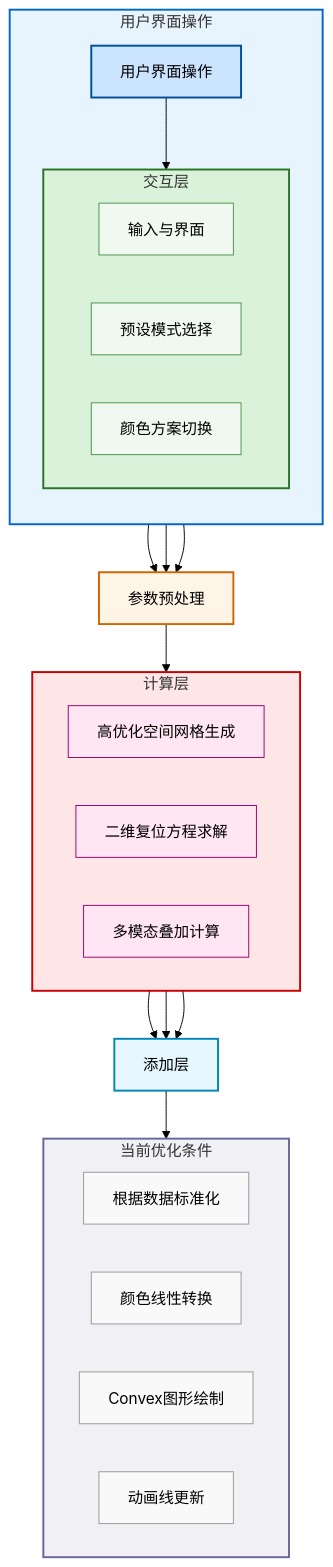
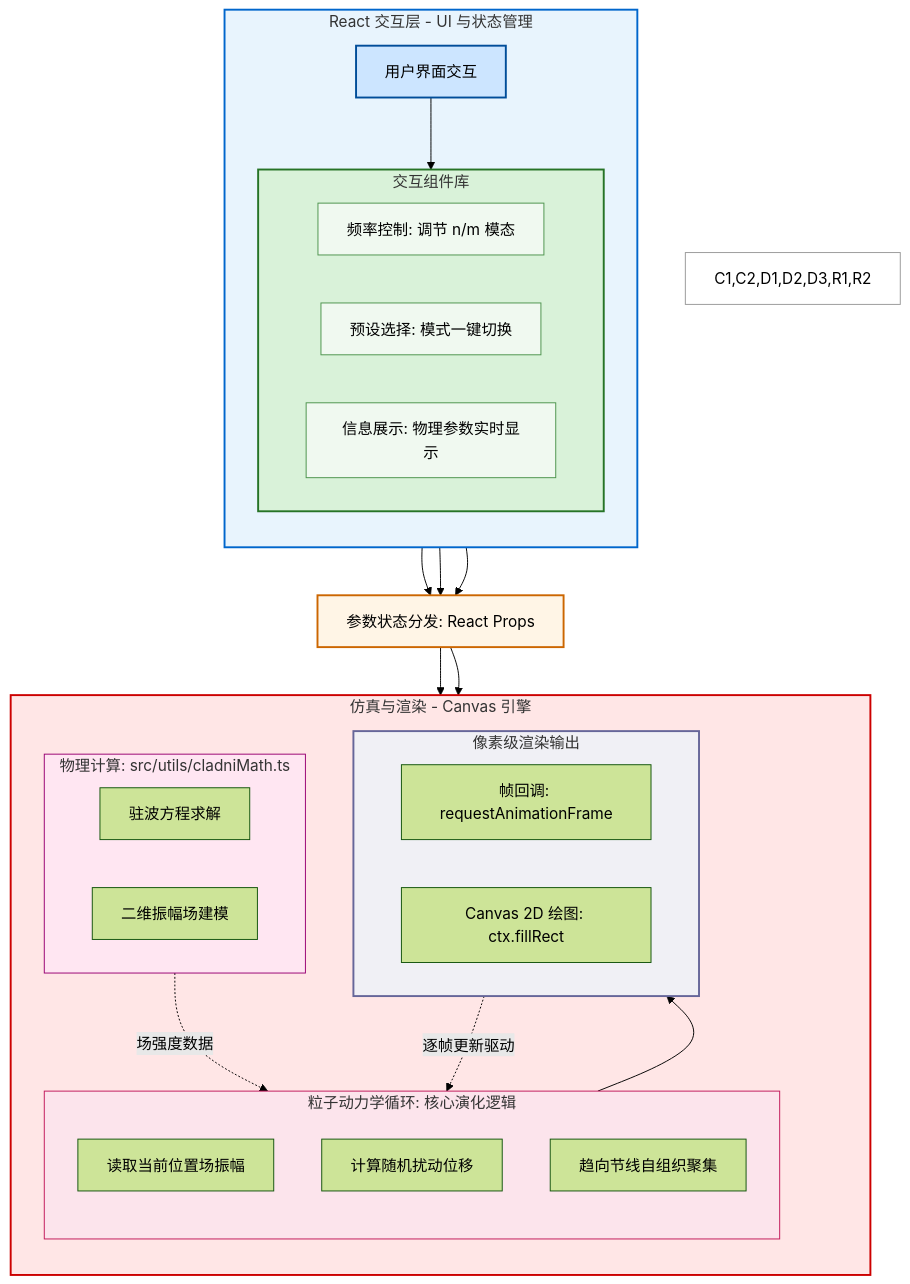
Before and after one commit to yangling-happy/cladni-patterns: the diagram in flowchart.mmd, drawn with Mermaid (forest theme).

Commit message:
fix: 同步mermaid项目迭代后的新flowchart

```diff
--- a/flowchart.mmd
+++ b/flowchart.mmd
@@ -1,71 +1,73 @@
-flowchart TB
-    %% ===== 用户界面操作（包含交互层） =====
-    subgraph TOP[用户界面操作]
+flowchart TD
+    %% ===== 1. React 交互与状态管理层 =====
+    subgraph TOP[React 交互层 - UI 与状态管理]
         direction TB
-        UI[用户界面操作]
+        UI[用户界面交互]
         
-        subgraph INTERACTIVE[交互层]
+        subgraph INTERACTIVE[交互组件库]
             direction LR
-            IN1[输入与界面]
-            IN2[预设模式选择]
-            IN3[颜色方案切换]
+            IN1[频率控制: 调节 n/m 模态]
+            IN2[预设选择: 模式一键切换]
+            IN3[信息展示: 物理参数实时显示]
         end
     end
     
-    %% ===== 参数预处理 =====
-    PP[参数预处理]
+    %% ===== 2. 状态下发桥接 =====
+    PP[参数状态分发: React Props]
     
-    %% ===== 计算层 =====
-    subgraph COMPUTE[计算层]
-        direction LR
-        C1[高优化空间网格生成]
-        C2[二维复位方程求解]
-        C3[多模态叠加计算]
-    end
-    
-    %% ===== 添加层 =====
-    ADD[添加层]
-    
-    %% ===== 当前优化条件 =====
-    subgraph OPTIMIZE[当前优化条件]
-        direction LR
-        O1[根据数据标准化]
-        O2[颜色线性转换]
-        O3[Convex图形绘制]
-        O4[动画线更新]
+    %% ===== 3. 高性能核心引擎 =====
+    subgraph ENGINE[仿真与渲染 - Canvas 引擎]
+        direction TB
+        
+        subgraph COMPUTE[物理计算: src/utils/cladniMath.ts]
+            direction LR
+            C1[驻波方程求解]
+            C2[二维振幅场建模]
+        end
+        
+        subgraph DYNAMICS[粒子动力学循环: 核心演化逻辑]
+            direction TB
+            D1[读取当前位置场振幅]
+            D2[计算随机扰动位移]
+            D3[趋向节线自组织聚集]
+        end
+        
+        subgraph RENDERING[像素级渲染输出]
+            R1[帧回调: requestAnimationFrame]
+            R2[Canvas 2D 绘图: ctx.fillRect]
+        end
     end
     
     %% ===== 连接关系 =====
     UI --> INTERACTIVE
     IN1 --> PP
     IN2 --> PP
     IN3 --> PP
     PP --> COMPUTE
-    C1 --> ADD
-    C2 --> ADD
-    C3 --> ADD
-    ADD --> OPTIMIZE
+    PP --> DYNAMICS
     
-    %% ===== 简洁的单色系配色方案 =====
-    %% 主层配色 - 蓝色系渐变
+    %% 核心数据流
+    COMPUTE -.->|场强度数据| DYNAMICS
+    DYNAMICS --> RENDERING
+    RENDERING -.->|逐帧更新驱动| DYNAMICS
+    
+    %% ===== 恢复原版彩色配色方案 =====
+    %% 交互层 - 蓝色与绿色系
     style TOP fill:#e8f4fd,stroke:#0066cc,stroke-width:2px
     style UI fill:#cce5ff,stroke:#004d99,stroke-width:2px
     style INTERACTIVE fill:#d9f2d9,stroke:#267326,stroke-width:2px
     style IN1 fill:#f0f9f0,stroke:#4d944d,stroke-width:1px
     style IN2 fill:#f0f9f0,stroke:#4d944d,stroke-width:1px
     style IN3 fill:#f0f9f0,stroke:#4d944d,stroke-width:1px
     
+    %% 桥接层 - 橙色系
     style PP fill:#fff5e6,stroke:#cc6600,stroke-width:2px
     
-    style COMPUTE fill:#ffe6e6,stroke:#cc0000,stroke-width:2px
-    style C1 fill:#ffe6f2,stroke:#990073,stroke-width:1px
-    style C2 fill:#ffe6f2,stroke:#990073,stroke-width:1px
-    style C3 fill:#ffe6f2,stroke:#990073,stroke-width:1px
+    %% 计算与动力学层 - 红色与紫色系
+    style ENGINE fill:#ffe6e6,stroke:#cc0000,stroke-width:2px
+    style COMPUTE fill:#ffe6f2,stroke:#990073,stroke-width:1px
+    style DYNAMICS fill:#fce4ec,stroke:#c2185b,stroke-width:1px
     
-    style ADD fill:#e6f7ff,stroke:#0086b3,stroke-width:2px
-    
-    style OPTIMIZE fill:#f0f0f5,stroke:#666699,stroke-width:2px
-    style O1 fill:#f9f9f9,stroke:#999999,stroke-width:1px
-    style O2 fill:#f9f9f9,stroke:#999999,stroke-width:1px
-    style O3 fill:#f9f9f9,stroke:#999999,stroke-width:1px
-    style O4 fill:#f9f9f9,stroke:#999999,stroke-width:1px
+    %% 渲染层 - 灰紫色系
+    style RENDERING fill:#f0f0f5,stroke:#666699,stroke-width:2px
+    style C1,C2,D1,D2,D3,R1,R2 fill:#ffffff,stroke:#999999,stroke-width:1px
```
